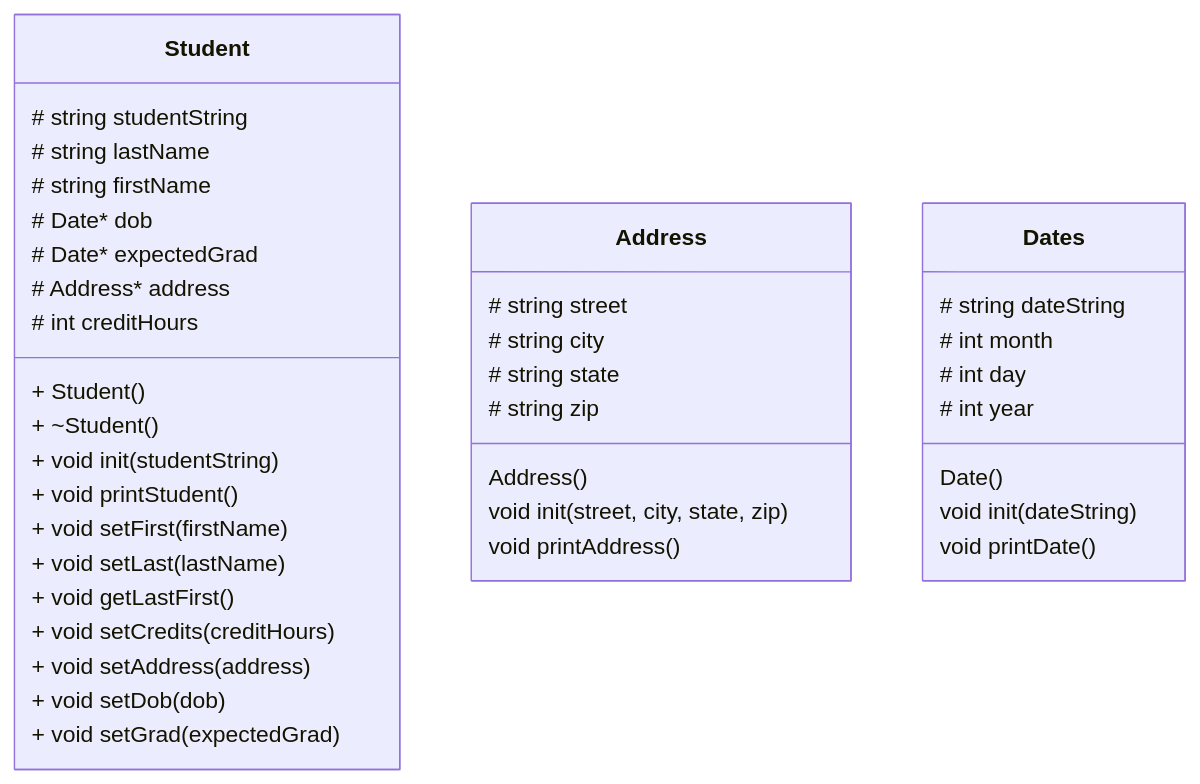
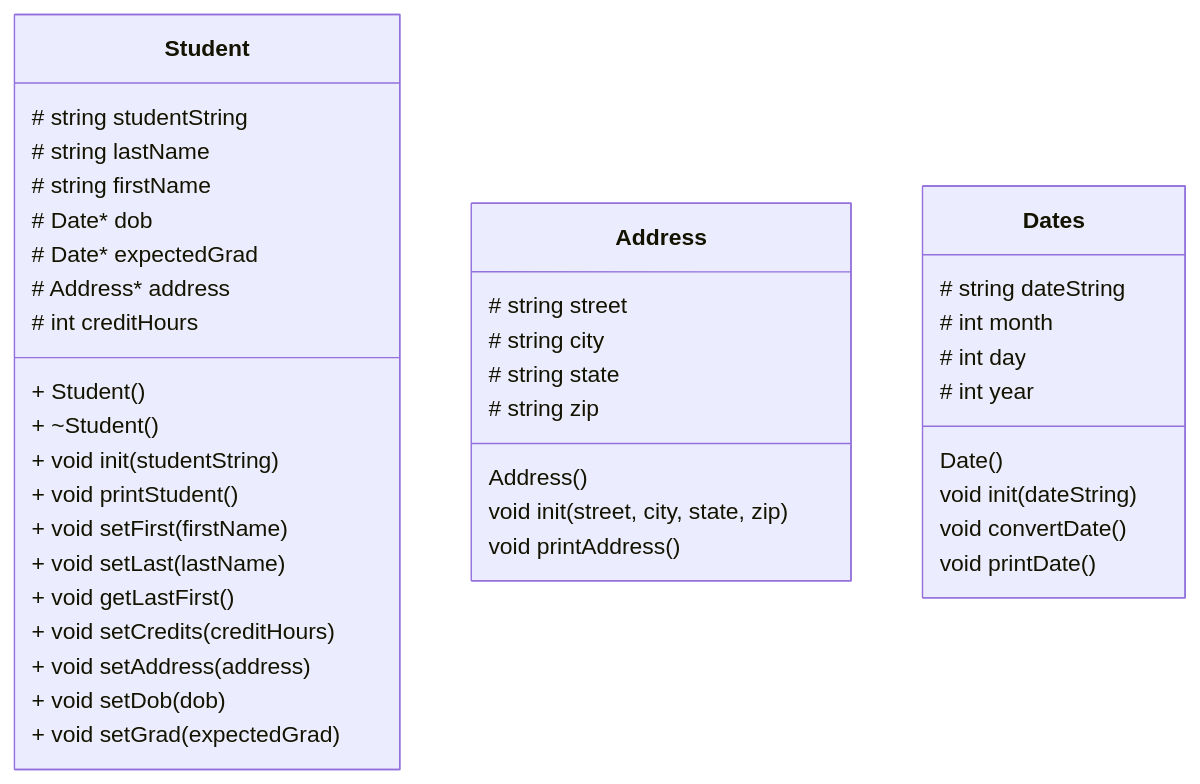
One commit to EnderSlayer121/121Lab-StudentHeap changed the diagram in README.md. Above: the diagram before and after it, drawn with Mermaid.

````diff
--- a/README.md
+++ b/README.md
@@ -4,41 +4,42 @@
 ```mermaid
 classDiagram
     class Student{
         # string studentString
         # string lastName
         # string firstName
         # Date* dob
         # Date* expectedGrad
         # Address* address
         # int creditHours
         + Student()
         + ~Student()
         + void init(studentString)
         + void printStudent()
         + void setFirst(firstName)
         + void setLast(lastName)
         + void getLastFirst()
         + void setCredits(creditHours)
         + void setAddress(address)
         + void setDob(dob)
         + void setGrad(expectedGrad)
     }
     class Address{
         # string street
         # string city
         # string state
         # string zip
         Address()
         void init(street, city, state, zip)
         void printAddress()
     }
     class Dates{
         # string dateString
         # int month
         # int day
         # int year
         Date()
         void init(dateString)
+        void convertDate()
         void printDate()
     }
 ```
````
